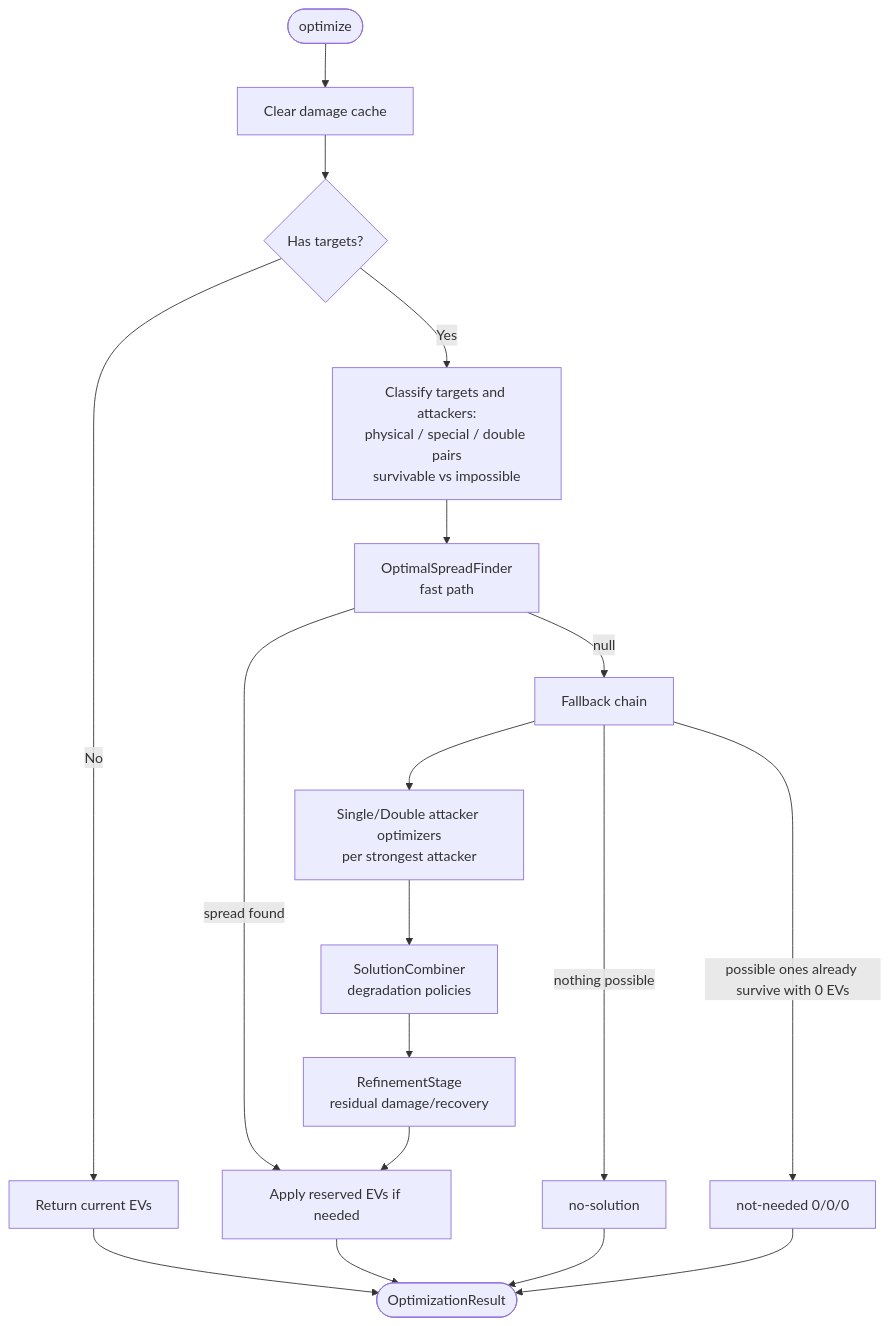
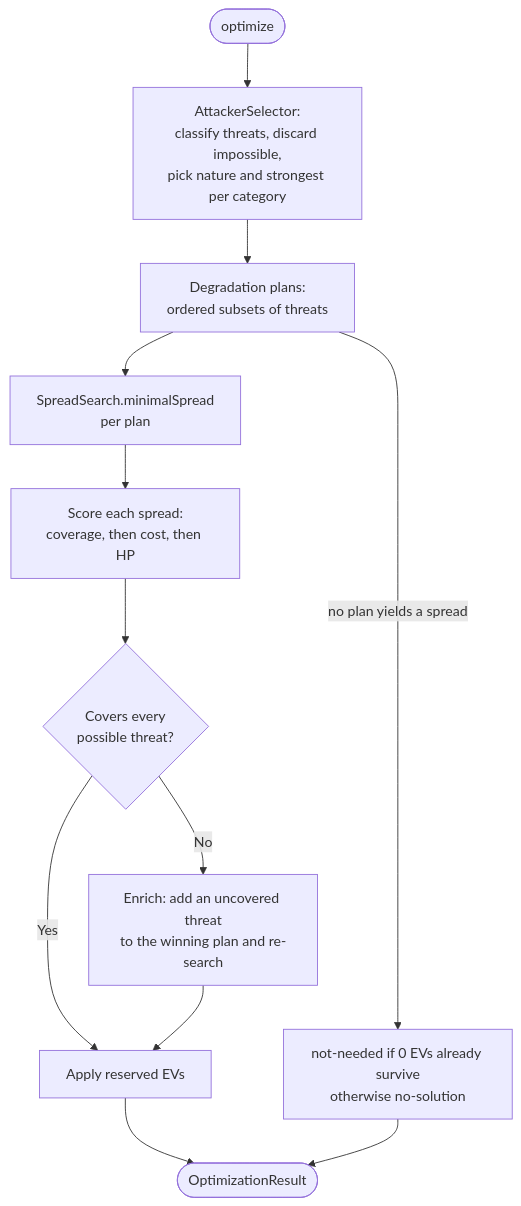
Before and after one commit to robsonbittencourt/vgc-multicalc: the diagram in src/domain/multicalc/ev-optimizer/DEFENSIVE_EV_OPTIMIZER.md, drawn with Mermaid. The commit also changed other lines of this file and 26 other files, not shown here.

````diff
--- a/src/domain/multicalc/ev-optimizer/DEFENSIVE_EV_OPTIMIZER.md
+++ b/src/domain/multicalc/ev-optimizer/DEFENSIVE_EV_OPTIMIZER.md
@@ -20,23 +60,14 @@
 ```mermaid
 flowchart TD
-    Start([optimize]) --> Clear[Clear damage cache]
-    Clear --> CheckTargets{Has targets?}
-    CheckTargets -->|No| ReturnCurrent[Return current EVs]
-    CheckTargets -->|Yes| Classify[Classify targets and attackers:<br/>physical / special / double pairs<br/>survivable vs impossible]
-
-    Classify --> Finder[OptimalSpreadFinder<br/>fast path]
-    Finder -->|spread found| Reserved[Apply reserved EVs if needed]
-    Finder -->|null| Fallback[Fallback chain]
-
-    Fallback --> SingleOpts[Single/Double attacker optimizers<br/>per strongest attacker]
-    SingleOpts --> Combine[SolutionCombiner<br/>degradation policies]
-    Combine --> Refine[RefinementStage<br/>residual damage/recovery]
-    Refine --> Reserved
-
-    Fallback -->|nothing possible| ReturnNull[no-solution]
-    Fallback -->|possible ones already survive with 0 EVs| ReturnZero[not-needed 0/0/0]
+    Start([optimize]) --> Classify[AttackerSelector:<br/>classify threats, discard impossible,<br/>pick nature and strongest per category]
+    Classify --> Plans[Degradation plans:<br/>ordered subsets of threats]
+    Plans --> Search[SpreadSearch.minimalSpread<br/>per plan]
+    Search --> Score[Score each spread:<br/>coverage, then cost, then HP]
+    Score --> Full{Covers every<br/>possible threat?}
+    Full -->|Yes| Reserved[Apply reserved EVs]
+    Full -->|No| Enrich[Enrich: add an uncovered threat<br/>to the winning plan and re-search]
+    Enrich --> Reserved
+    Plans -->|no plan yields a spread| Epilogue[not-needed if 0 EVs already survive<br/>otherwise no-solution]
     Reserved --> End([OptimizationResult])
-    ReturnCurrent --> End
-    ReturnNull --> End
-    ReturnZero --> End
+    Epilogue --> End
 ```
````
